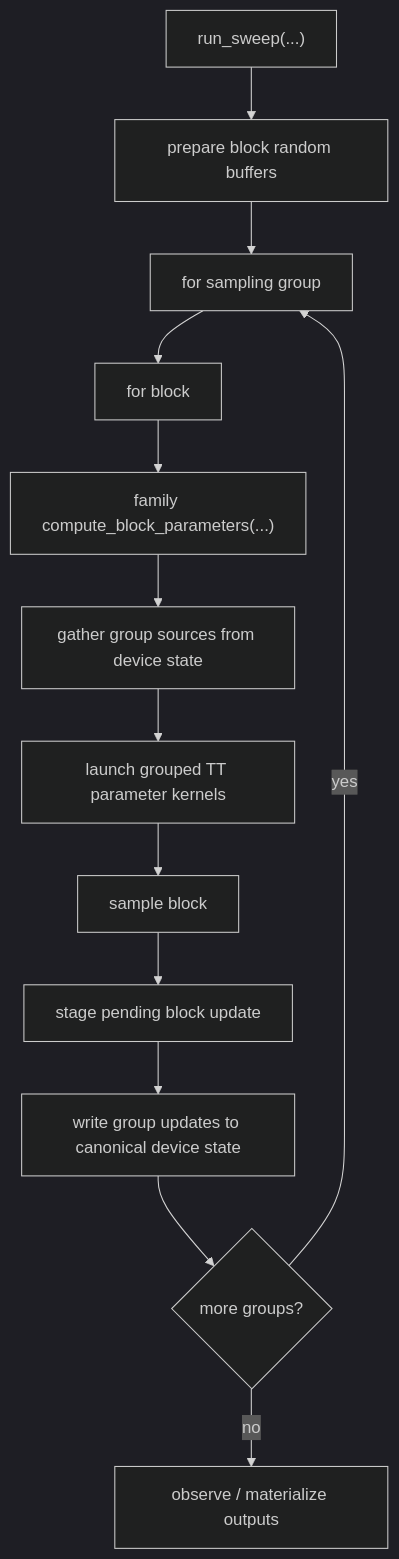
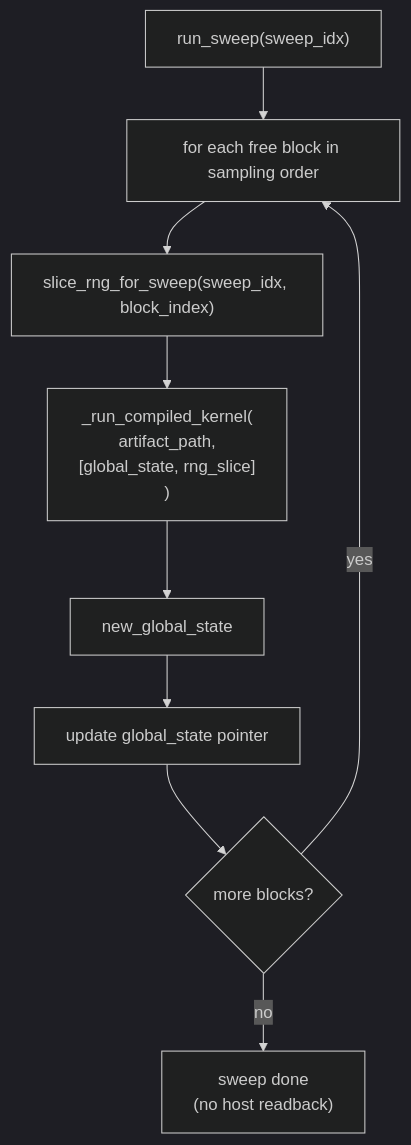
One commit to Specter-Research-Labs/tt-thrml changed the third of 3 diagrams in docs/tt-thrml-internals.md. Above: the diagram before and after it, drawn with Mermaid (dark theme). The commit also changed other lines of this file and 78 other files, not shown here.

````diff
--- a/docs/tt-thrml-internals.md
+++ b/docs/tt-thrml-internals.md
@@ -30,15 +41,11 @@
 ```mermaid
 flowchart TD
-    A["run_sweep(...)"] --> B["prepare block random buffers"]
-    B --> C["for sampling group"]
-    C --> D["for block"]
-    D --> E["family compute_block_parameters(...)"]
-    E --> F["gather group sources from device state"]
-    F --> G["launch grouped TT parameter kernels"]
-    G --> H["sample block"]
-    H --> I["stage pending block update"]
-    I --> J["write group updates to canonical device state"]
-    J --> K{"more groups?"}
-    K -->|yes| C
-    K -->|no| L["observe / materialize outputs"]
+    A["run_sweep(sweep_idx)"] --> B["for each free block in sampling order"]
+    B --> C["slice_rng_for_sweep(sweep_idx, block_index)"]
+    C --> D["_run_compiled_kernel(\n  artifact_path,\n  [global_state, rng_slice]\n)"]
+    D --> E["new_global_state"]
+    E --> F["update global_state pointer"]
+    F --> G{"more blocks?"}
+    G -->|yes| B
+    G -->|no| H["sweep done\n(no host readback)"]
 ```
````
